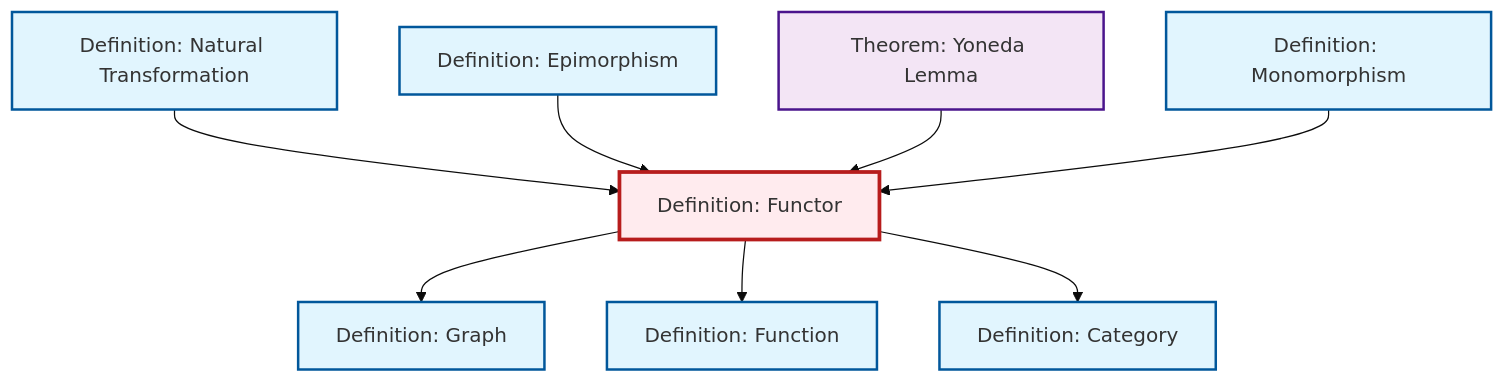
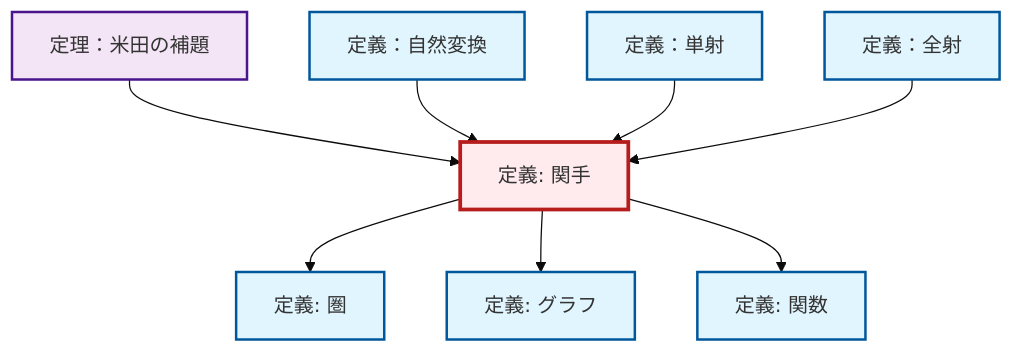
One commit to RK0429/ModernMath changed the diagram in content/ja/category-theory/def-functor.qmd. Above: the diagram before and after it, drawn with Mermaid (base theme). The commit also changed 1069 other files, not shown here.

````diff
--- a/content/ja/category-theory/def-functor.qmd
+++ b/content/ja/category-theory/def-functor.qmd
@@ -51,32 +51,32 @@
 ```{mermaid}
 %%| fig-cap: "Local dependency graph"
 graph TD
     classDef definition fill:#e1f5fe,stroke:#01579b,stroke-width:2px
     classDef theorem fill:#f3e5f5,stroke:#4a148c,stroke-width:2px
     classDef axiom fill:#fff3e0,stroke:#e65100,stroke-width:2px
     classDef example fill:#e8f5e9,stroke:#1b5e20,stroke-width:2px
     classDef current fill:#ffebee,stroke:#b71c1c,stroke-width:3px
-    def-graph["Definition: Graph"]:::definition
-    def-functor["Definition: Functor"]:::definition
-    def-natural-transformation["Definition: Natural Transformation"]:::definition
-    def-epimorphism["Definition: Epimorphism"]:::definition
-    def-function["Definition: Function"]:::definition
-    def-category["Definition: Category"]:::definition
-    thm-yoneda["Theorem: Yoneda Lemma"]:::theorem
-    def-monomorphism["Definition: Monomorphism"]:::definition
+    def-monomorphism["定義：単射"]:::definition
+    def-category["定義: 圏"]:::definition
+    def-graph["定義: グラフ"]:::definition
+    thm-yoneda["定理：米田の補題"]:::theorem
+    def-function["定義: 関数"]:::definition
+    def-epimorphism["定義：全射"]:::definition
+    def-natural-transformation["定義：自然変換"]:::definition
+    def-functor["定義: 関手"]:::definition
+    thm-yoneda --> def-functor
     def-natural-transformation --> def-functor
-    def-epimorphism --> def-functor
+    def-monomorphism --> def-functor
+    def-functor --> def-category
     def-functor --> def-graph
     def-functor --> def-function
-    def-functor --> def-category
-    thm-yoneda --> def-functor
-    def-monomorphism --> def-functor
+    def-epimorphism --> def-functor
     class def-functor current
-    click def-graph "def-graph.html" "Definition: Graphへ"
-    click def-natural-transformation "def-natural-transformation.html" "Definition: Natural Transformationへ"
-    click def-epimorphism "def-epimorphism.html" "Definition: Epimorphismへ"
-    click def-function "def-function.html" "Definition: Functionへ"
-    click def-category "def-category.html" "Definition: Categoryへ"
-    click thm-yoneda "thm-yoneda.html" "Theorem: Yoneda Lemmaへ"
-    click def-monomorphism "def-monomorphism.html" "Definition: Monomorphismへ"
+    click def-monomorphism "def-monomorphism.html" "定義：単射へ"
+    click def-category "def-category.html" "圏の定義へ"
+    click def-graph "def-graph.html" "グラフの定義へ"
+    click thm-yoneda "thm-yoneda.html" "定理：米田の補題へ"
+    click def-function "def-function.html" "関数の定義へ"
+    click def-epimorphism "def-epimorphism.html" "定義：全射へ"
+    click def-natural-transformation "def-natural-transformation.html" "定義：自然変換へ"
 ```
````
